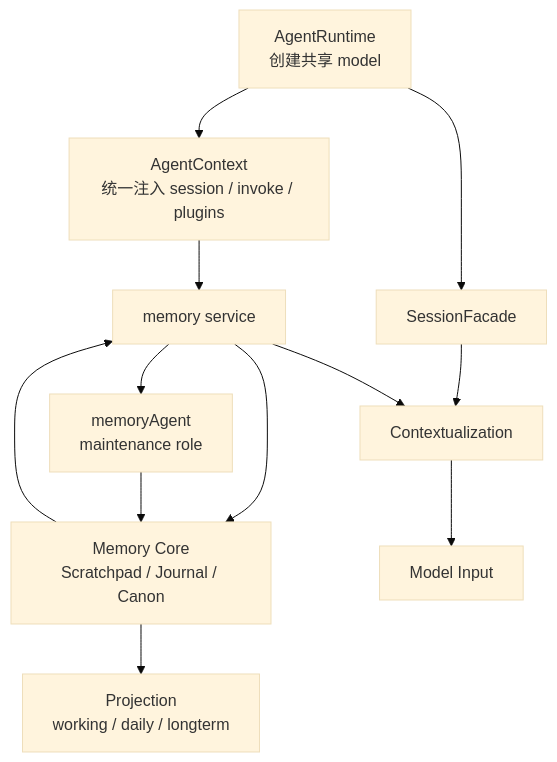
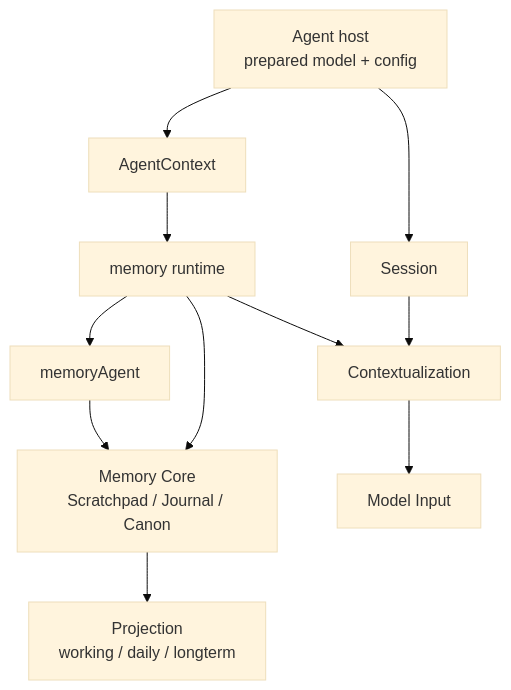
Before and after one commit to wangenius/downcity: the diagram in homepage/content/devdocs/zh/memory/framework.mdx, drawn with Mermaid (base theme). The commit also changed other lines of this file and 433 other files, not shown here.

Commit message:
refactor(agent,city): unify plugin-session architecture

````diff
--- a/homepage/content/devdocs/zh/memory/framework.mdx
+++ b/homepage/content/devdocs/zh/memory/framework.mdx
@@ -66,24 +34,23 @@
 ```mermaid
 flowchart TD
-  AST["AgentRuntime<br/>创建共享 model"]
-  ECTX["AgentContext<br/>统一注入 session / invoke / plugins"]
-  SESS["SessionFacade"]
-  MS["memory service"]
-  MA["memoryAgent<br/>maintenance role"]
+  HOST["Agent host<br/>prepared model + config"]
+  CTX["AgentContext"]
+  SESS["Session"]
+  MEM["memory runtime"]
+  MA["memoryAgent"]
   CORE["Memory Core<br/>Scratchpad / Journal / Canon"]
   VIEW["Projection<br/>working / daily / longterm"]
-  CTX["Contextualization"]
+  CXT["Contextualization"]
   IN["Model Input"]
 
-  AST --> ECTX
-  AST --> SESS
-  ECTX --> MS
-  SESS --> CTX
-  MS --> CTX
-  CTX --> IN
-  MS --> CORE
-  MS --> MA
+  HOST --> CTX
+  HOST --> SESS
+  CTX --> MEM
+  SESS --> CXT
+  MEM --> CXT
+  CXT --> IN
+  MEM --> CORE
+  MEM --> MA
   MA --> CORE
   CORE --> VIEW
-  CORE --> MS
 ```
````
